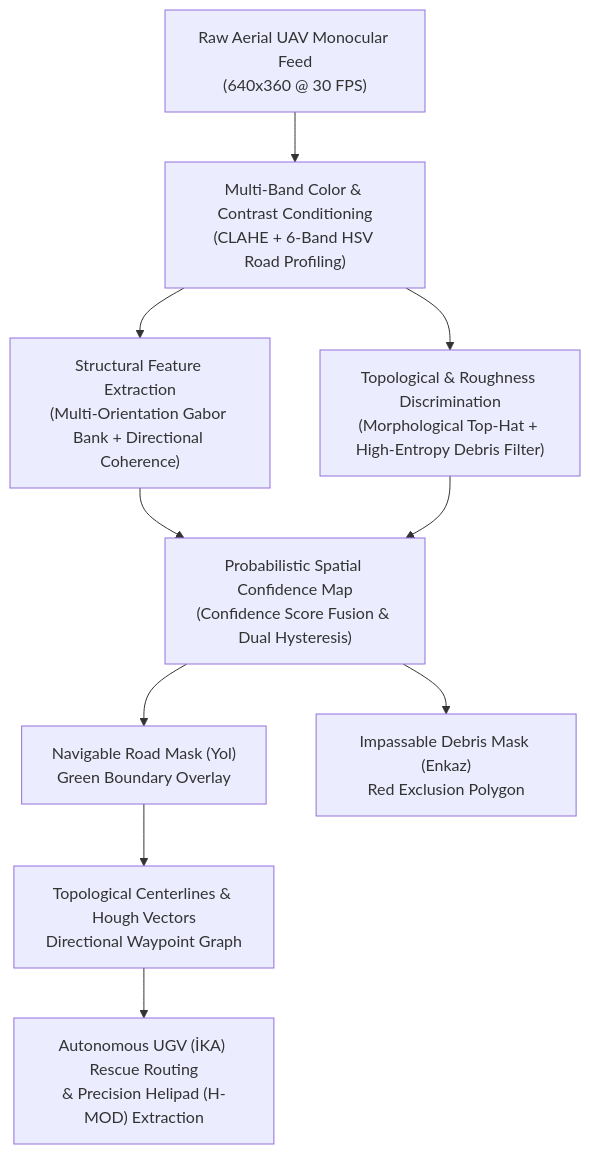
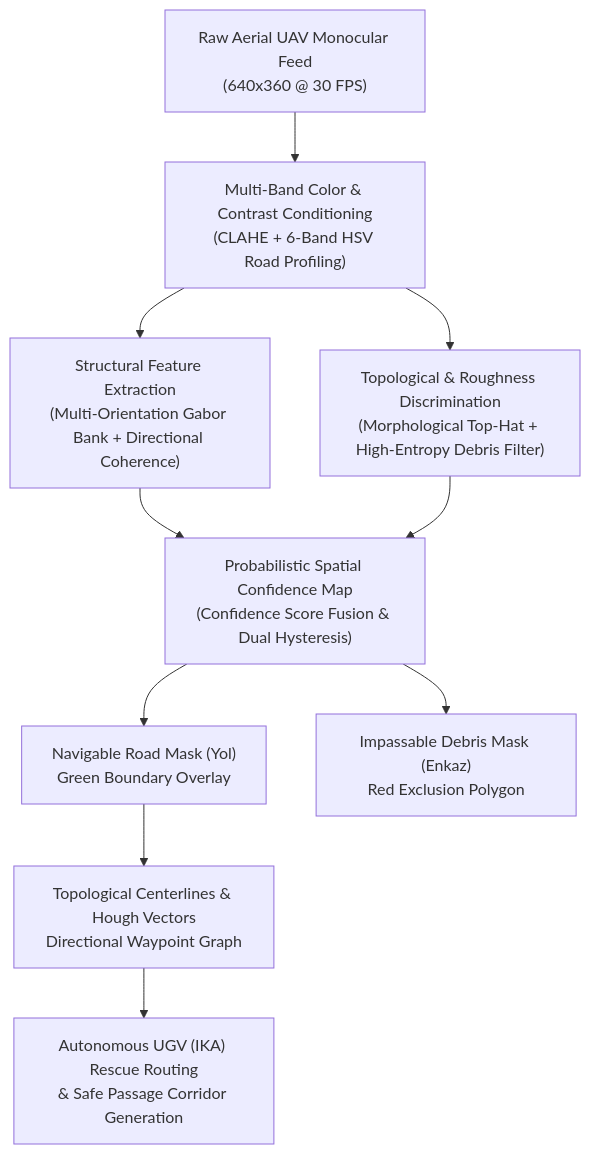
The diagram in README.md (Erusuru/UAV-Pathfinder-Disaster-Vision), drawn with Mermaid before and after one commit. The commit also changed other lines of this file and 7 other files, not shown here.

````diff
--- a/README.md
+++ b/README.md
@@ -42,12 +41,12 @@
 ```mermaid
 flowchart TD
     A["Raw Aerial UAV Monocular Feed<br/>(640x360 @ 30 FPS)"] --> B["Multi-Band Color & Contrast Conditioning<br/>(CLAHE + 6-Band HSV Road Profiling)"]
     B --> C["Structural Feature Extraction<br/>(Multi-Orientation Gabor Bank + Directional Coherence)"]
     B --> D["Topological & Roughness Discrimination<br/>(Morphological Top-Hat + High-Entropy Debris Filter)"]
     C --> E["Probabilistic Spatial Confidence Map<br/>(Confidence Score Fusion & Dual Hysteresis)"]
     D --> E
     E --> F["Navigable Road Mask (Yol)<br/>Green Boundary Overlay"]
     E --> G["Impassable Debris Mask (Enkaz)<br/>Red Exclusion Polygon"]
     F --> H["Topological Centerlines & Hough Vectors<br/>Directional Waypoint Graph"]
-    H --> I["Autonomous UGV (İKA) Rescue Routing<br/>& Precision Helipad (H-MOD) Extraction"]
+    H --> I["Autonomous UGV (IKA) Rescue Routing<br/>& Safe Passage Corridor Generation"]
 ```
````
